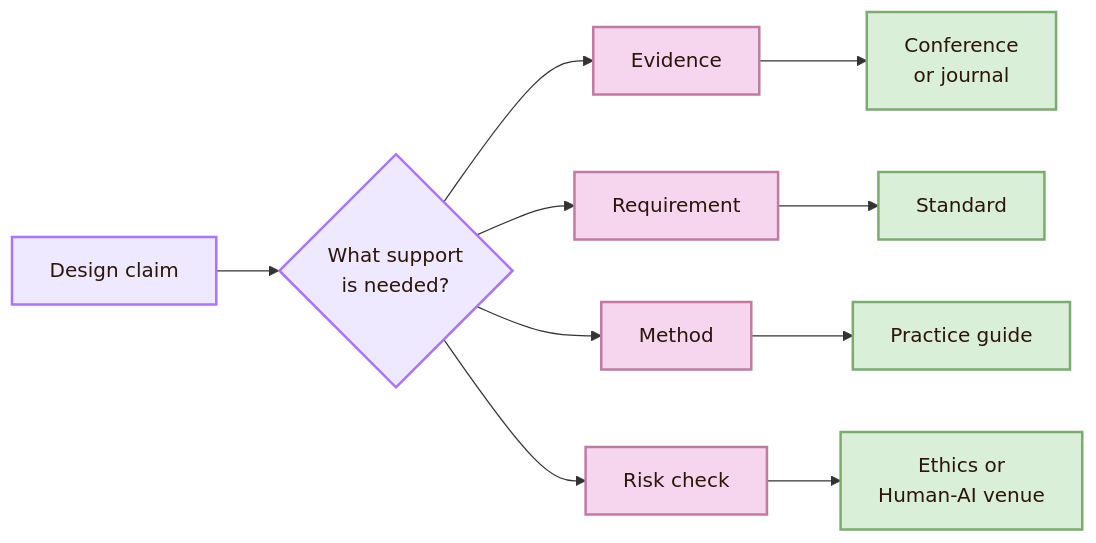
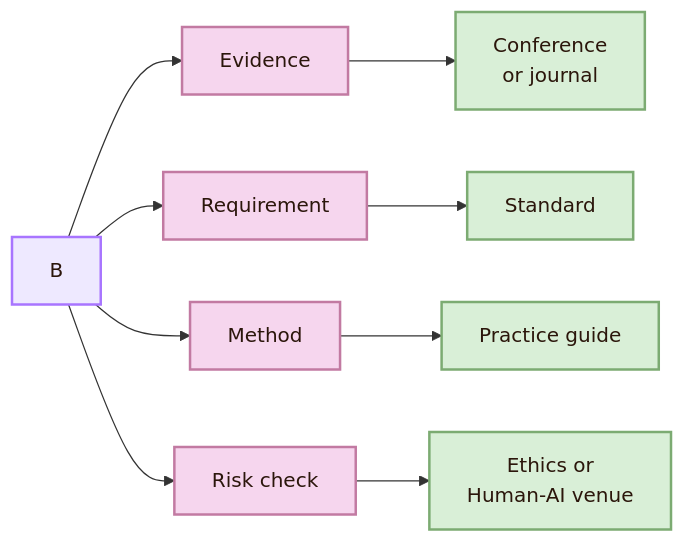
Before and after one commit to andreitegzes06-ui/CogniShire: the second of 10 diagrams in 01_Core_Area_HCI/001_Subareas/01_Understanding_the_User/Important Venues.md, drawn with Mermaid. The commit also changed other lines of this file and 131 other files, not shown here.

````diff
--- a/01_Core_Area_HCI/001_Subareas/01_Understanding_the_User/Important Venues.md
+++ b/01_Core_Area_HCI/001_Subareas/01_Understanding_the_User/Important Venues.md
@@ -71,21 +69,20 @@
 ```mermaid
 flowchart LR
-    A[Design claim] --> B{What support<br/>is needed?}
     B --> C[Evidence]
     B --> D[Requirement]
     B --> E[Method]
     B --> F[Risk check]
 
     C --> C1[Conference<br/>or journal]
     D --> D1[Standard]
     E --> E1[Practice guide]
     F --> F1[Ethics or<br/>Human-AI venue]
 
     classDef node fill:#eee9ff,stroke:#a875ff,color:#2b160b,stroke-width:2px;
     classDef detail fill:#f6d6ee,stroke:#c27aa2,color:#2b160b,stroke-width:2px;
     classDef final fill:#d9efd7,stroke:#7cab72,color:#2b160b,stroke-width:2px;
 
     class A,B node;
     class C,D,E,F detail;
     class C1,D1,E1,F1 final;
 ```
````
